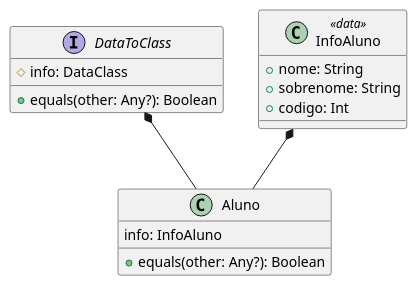
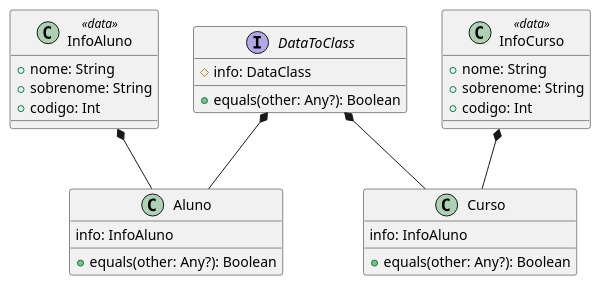
Before and after one commit to giovani-dev/Sistema-Escolar: the diagram in docs/class.plantuml, drawn with PlantUML.

Commit message:
Feat: Curso uml class diagram

```diff
--- a/docs/class.plantuml
+++ b/docs/class.plantuml
@@ -1,25 +1,41 @@
 @startuml
 
 
 interface DataToClass {
     # info: DataClass
 
     + equals(other: Any?): Boolean
 }
 
 class InfoAluno <<data>> {
     + nome: String
     + sobrenome: String
     + codigo: Int
 }
 
 class Aluno {
     info: InfoAluno
 
     + equals(other: Any?): Boolean
 }
 
 DataToClass *-- Aluno
 InfoAluno *-- Aluno
 
+
+class InfoCurso <<data>> {
+    + nome: String
+    + sobrenome: String
+    + codigo: Int
+}
+
+class Curso {
+    info: InfoAluno
+
+    + equals(other: Any?): Boolean
+}
+
+DataToClass *-- Curso
+InfoCurso *-- Curso
+
 @enduml
```
